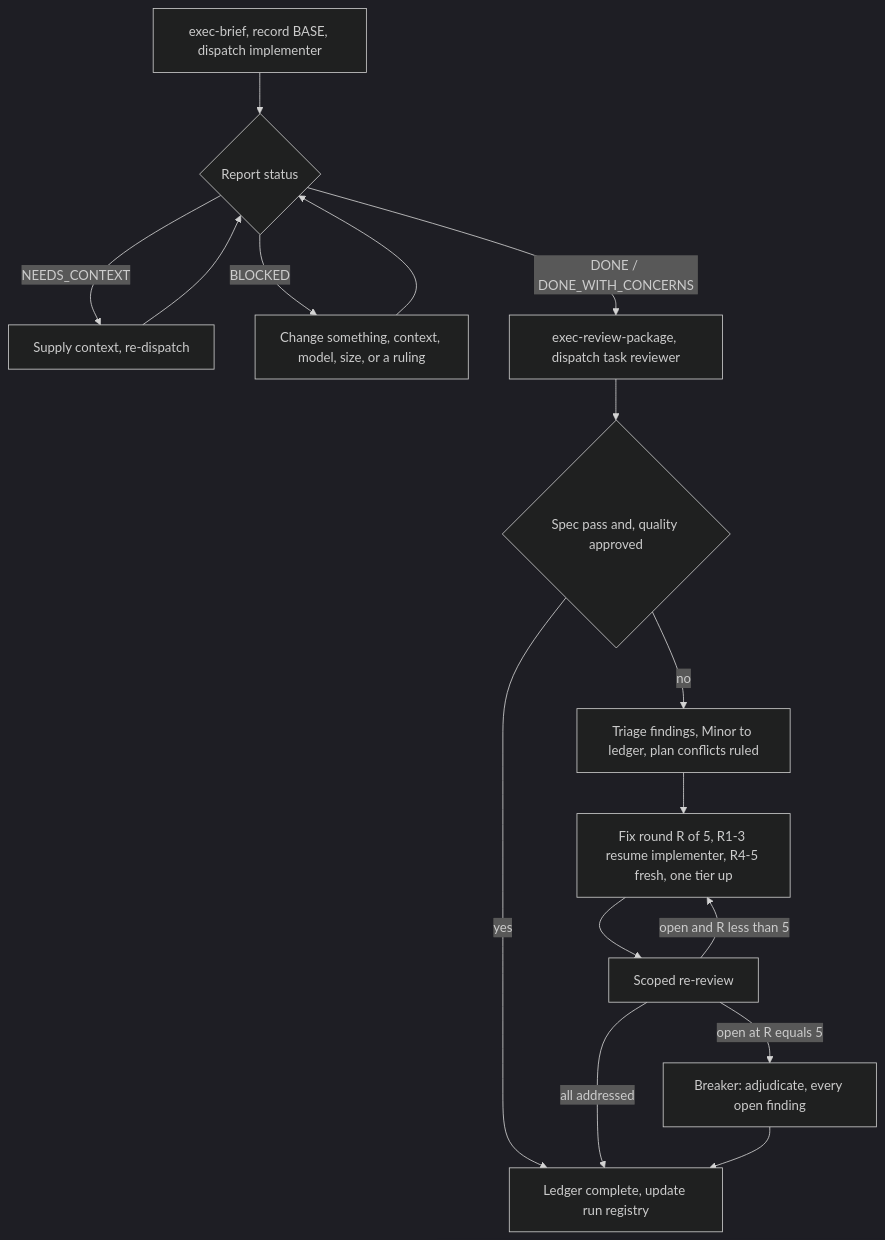
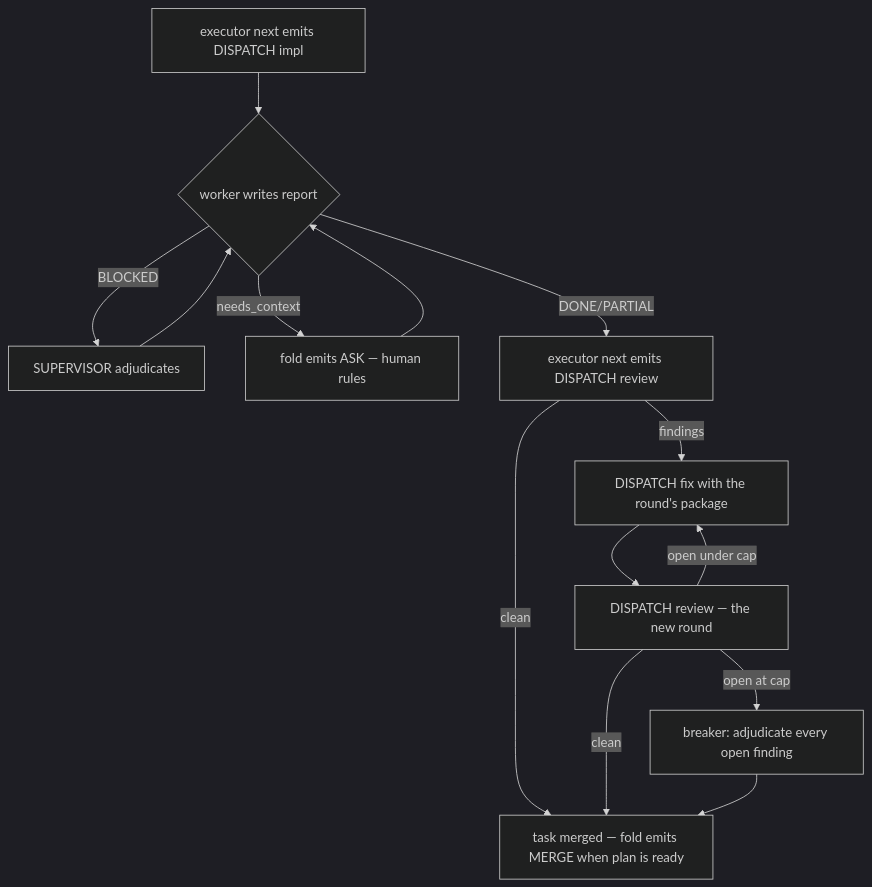
The diagram in skills/executor-execution/SKILL.md (Atri10/executor), drawn with Mermaid (dark theme) before and after one commit. The commit also changed other lines of this file and 40 other files, not shown here.

````diff
--- a/skills/executor-execution/SKILL.md
+++ b/skills/executor-execution/SKILL.md
@@ -400,18 +126,16 @@
 ```mermaid
 flowchart TB
-    B["exec-brief, record BASE, dispatch implementer"] --> RPT{"Report status"}
-    RPT -->|"NEEDS_CONTEXT"| CTX["Supply context, re-dispatch"]
-    RPT -->|"BLOCKED"| BLK["Change something, context, model, size, or a ruling"]
-    CTX --> RPT
-    BLK --> RPT
-    RPT -->|"DONE / DONE_WITH_CONCERNS"| PKG["exec-review-package, dispatch task reviewer"]
-    PKG --> V{"Spec pass and, quality approved"}
-    V -->|"yes"| DONE["Ledger complete, update run registry"]
-    V -->|"no"| TRI["Triage findings, Minor to ledger, plan conflicts ruled"]
-    TRI --> FIX["Fix round R of 5, R1-3 resume implementer, R4-5 fresh, one tier up"]
-    FIX --> RR["Scoped re-review"]
-    RR -->|"all addressed"| DONE
-    RR -->|"open and R less than 5"| FIX
-    RR -->|"open at R equals 5"| BRK["Breaker: adjudicate, every open finding"]
+    NEXT["executor next emits DISPATCH impl"] --> RPT{"worker writes report"}
+    RPT -->|"BLOCKED"| SUP["SUPERVISOR adjudicates"]
+    RPT -->|"needs_context"| ASK["fold emits ASK — human rules"]
+    RPT -->|"DONE/PARTIAL"| REV["executor next emits DISPATCH review"]
+    SUP --> RPT
+    ASK --> RPT
+    REV -->|"clean"| DONE["task merged — fold emits MERGE when plan is ready"]
+    REV -->|"findings"| FIX["DISPATCH fix with the round's package"]
+    FIX --> RR["DISPATCH review — the new round"]
+    RR -->|"clean"| DONE
+    RR -->|"open under cap"| FIX
+    RR -->|"open at cap"| BRK["breaker: adjudicate every open finding"]
     BRK --> DONE
 ```
````
